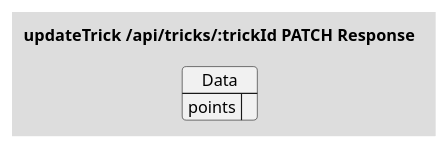
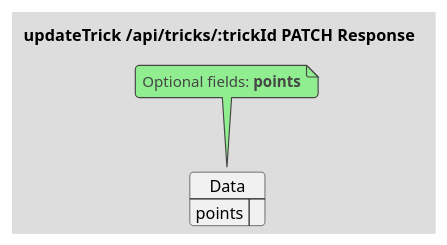
The second of 2 diagrams in api/src/Tricks/:trickId/PATCH/updateTrick.puml (crah-app/diagrams), drawn with PlantUML before and after one commit. The commit also changed other lines of this file and 5 other files, not shown here.

Commit message:
Added notes in Tricks diagrams

```diff
--- a/api/src/Tricks/:trickId/PATCH/updateTrick.puml
+++ b/api/src/Tricks/:trickId/PATCH/updateTrick.puml
@@ -27,8 +49,13 @@
 @startuml updateTrick-Response
 !theme toy
+skinparam linetype ortho
 title "updateTrick /api/tricks/:trickId PATCH Response"
 json Data {
     ' Optional
     "points": ""
 }
+
+note top of Data
+    Optional fields: **points**
+end note
 @enduml
```
